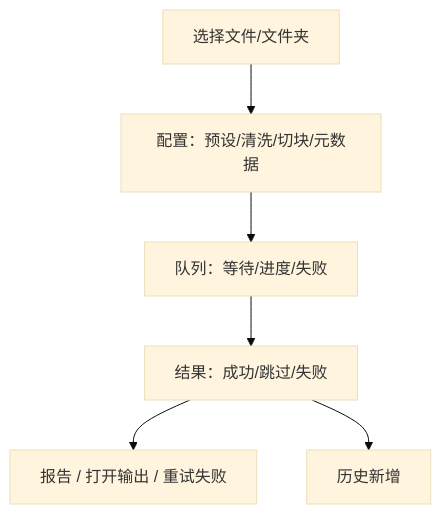
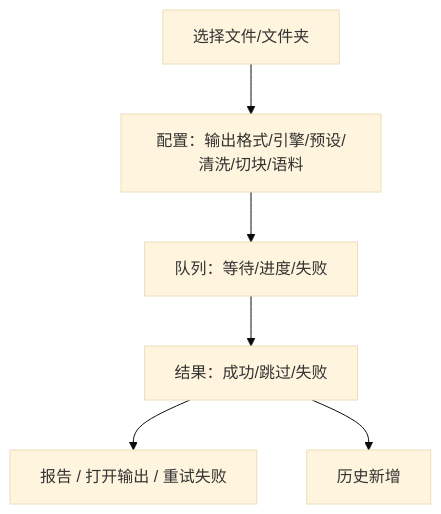
One commit to 987763485/ManoDoc changed the tenth of 21 diagrams in docs/superpowers/软件功能设计说明.md. Above: the diagram before and after it, drawn with Mermaid (base theme). The commit also changed other lines of this file and 25 other files, not shown here.

````diff
--- a/docs/superpowers/软件功能设计说明.md
+++ b/docs/superpowers/软件功能设计说明.md
@@ -382,8 +385,8 @@
 ```mermaid
 flowchart TD
-  A["选择文件/文件夹"] --> B["配置：预设/清洗/切块/元数据"]
+  A["选择文件/文件夹"] --> B["配置：输出格式/引擎/预设/清洗/切块/语料"]
   B --> C["队列：等待/进度/失败"]
   C --> D["结果：成功/跳过/失败"]
   D --> E["报告 / 打开输出 / 重试失败"]
   D --> F["历史新增"]
 ```
````
